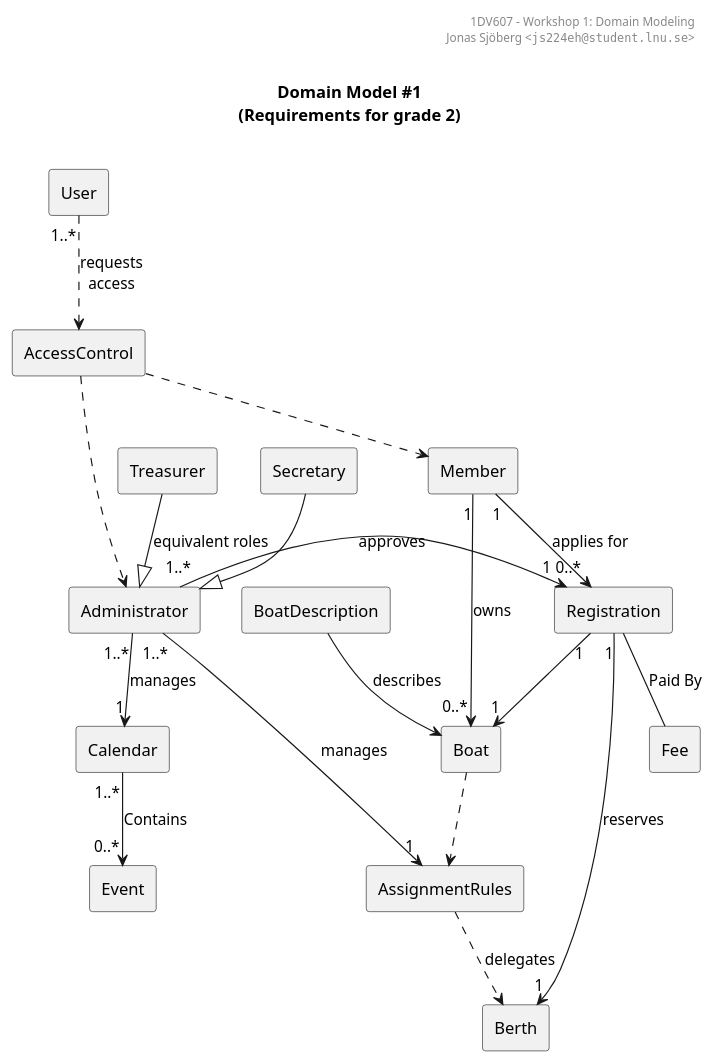
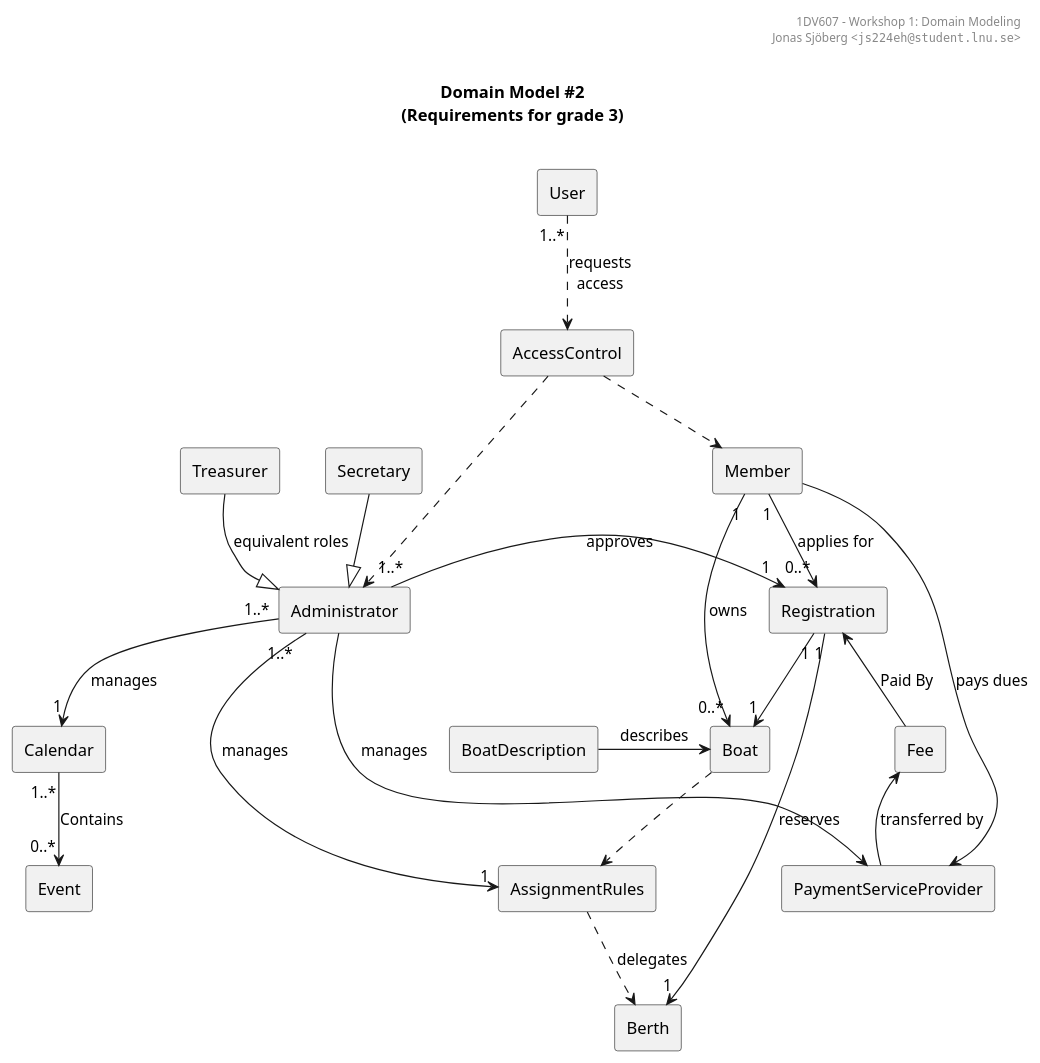
One commit to jonasjberg/1dv607_workshop1 changed the diagram in workshop1/uml/domain-model_2.puml. Above: the diagram before and after it, drawn with PlantUML. The commit also changed 2 other files, not shown here.

Commit message:
Update Domain Model #2.

```diff
--- a/workshop1/uml/domain-model_2.puml
+++ b/workshop1/uml/domain-model_2.puml
@@ -11,66 +11,73 @@
 @startuml
 ' ______________________________________________________________________________
 ' ____ CONFIGURATION OPTIONS ___________________________________________________
 ' debug flag creates a 'svek.dot' and 'svek.svg' file in ~/
 ' !pragma svek_trace on
 
 skinparam {
     monochrome true
     'backgroundColor transparent
     classBackgroundColor transparent
     style strictuml
 }
 
 ' ______________________________________________________________________________
 ' ____ USECASE DIAGRAM _________________________________________________________
 
 header
 1DV607 - Workshop 1: Domain Modeling
 Jonas Sjöberg <""js224eh@student.lnu.se"">
 end header
 
-title \nDomain Model #1\n(Requirements for grade 2)\n
+title \nDomain Model #2\n(Requirements for grade 3)\n
 
 agent User
 agent Administrator
 agent Member
 agent Treasurer
 agent Secretary
 
 agent AccessControl
 agent Berth
 agent Boat
 agent BoatDescription
 agent Calendar
 agent Event
 agent Fee
 agent Registration
 agent AssignmentRules
 
+agent PaymentServiceProvider
+
 AccessControl ..> Member
 AccessControl ..> Administrator
 
-BoatDescription --> Boat : describes
+BoatDescription -> Boat : describes
 
 Treasurer --|> Administrator : equivalent roles
 Secretary --|> Administrator
 
 User "1..*" ..> AccessControl : requests\naccess
 
 Administrator "1..*" --> "1" Calendar : manages
 Administrator "1..*" --> "1" AssignmentRules : manages
 Administrator "1..*" -> "1" Registration : approves
 
 Member "1" --> "0..*" Boat : owns
 Member "1" --> "0..*" Registration : applies for
 
-Registration -- Fee : Paid By
+Registration <-- Fee : Paid By
 Registration "1" --> "1" Boat
 Registration "1" -> "1" Berth : reserves
 
 Calendar "1..*" --> "0..*" Event : Contains
 
 Boat ..> AssignmentRules
 AssignmentRules ..> Berth : delegates
 
+Fee <-- PaymentServiceProvider : transferred by
+Member --> PaymentServiceProvider : pays dues
+
+Administrator --> PaymentServiceProvider : manages
+
 @enduml
```
